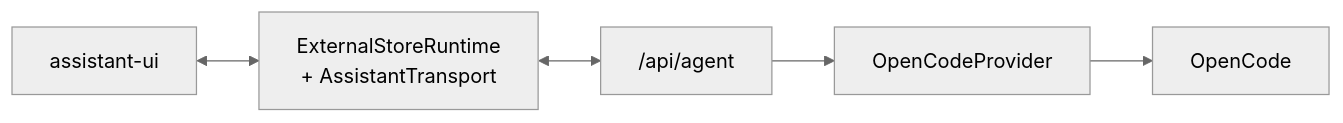
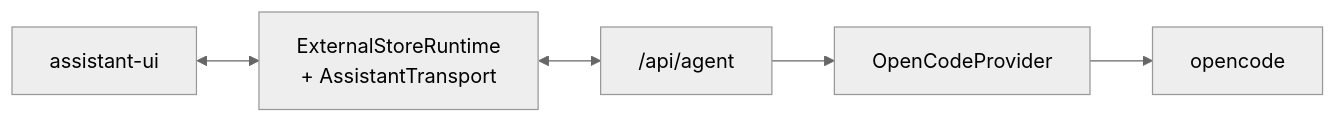
One commit to tbrandenburg/agentilogue changed the seventh of 8 diagrams in docs/ARCHITECTURE.md. Above: the diagram before and after it, drawn with Mermaid (neutral theme). The commit also changed other lines of this file, not shown here.

Commit message:
docs: normalize opencode naming

````diff
--- a/docs/ARCHITECTURE.md
+++ b/docs/ARCHITECTURE.md
@@ -218,7 +218,7 @@
 ```mermaid
 flowchart LR
     UI["assistant-ui"] <--> RT["ExternalStoreRuntime<br/>+ AssistantTransport"]
     RT <--> API["/api/agent"]
     API --> OP["OpenCodeProvider"]
-    OP --> OC["OpenCode"]
+    OP --> OC["opencode"]
 ```
````
